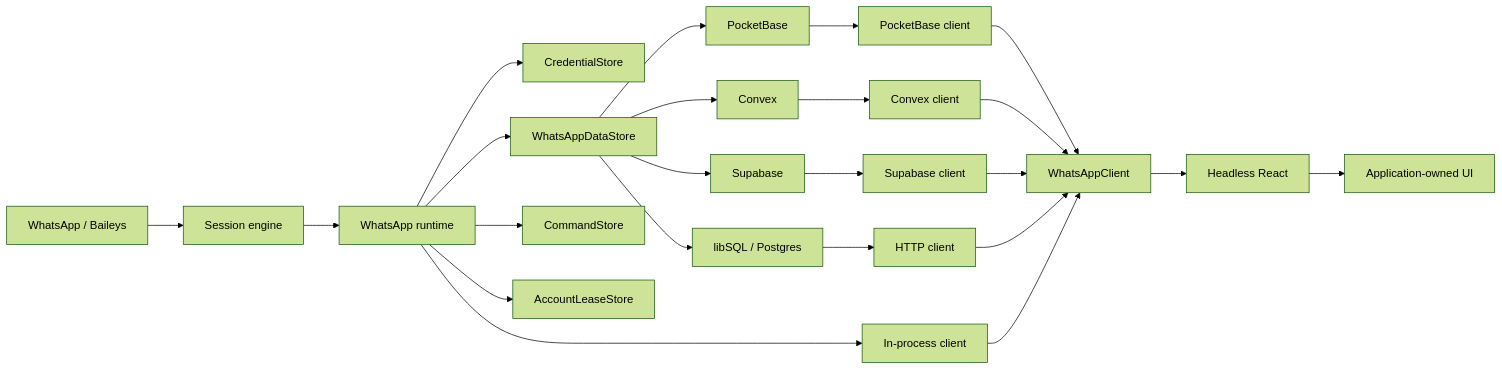
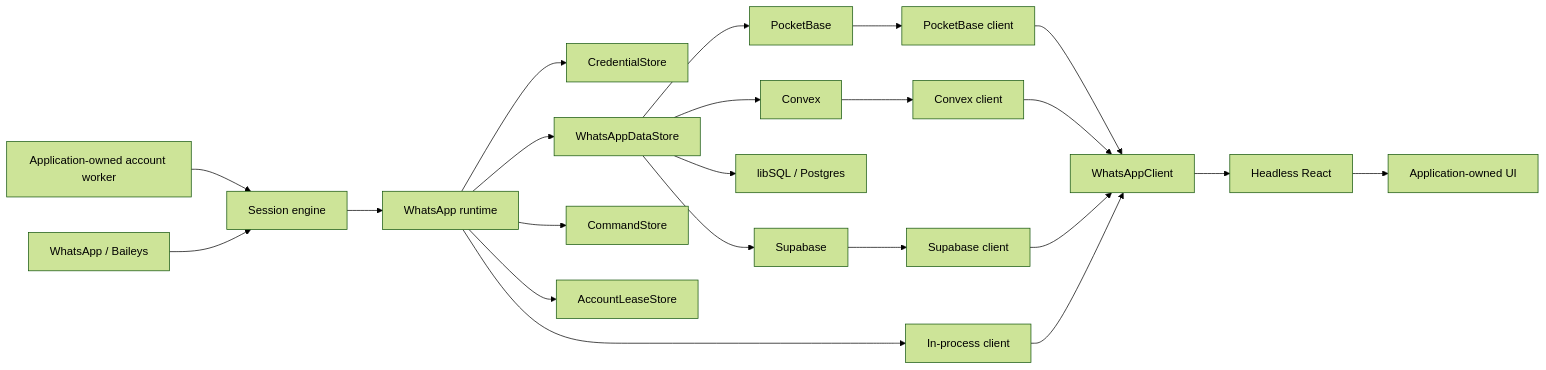
One commit to AaronAbuUsama/whatsappd changed the diagram in docs/architecture/runtime-backends-and-headless-react.md. Above: the diagram before and after it, drawn with Mermaid (forest theme). The commit also changed other lines of this file and 8 other files, not shown here.

````diff
--- a/docs/architecture/runtime-backends-and-headless-react.md
+++ b/docs/architecture/runtime-backends-and-headless-react.md
@@ -68,30 +60,29 @@
 ```mermaid
 flowchart LR
-    WA["WhatsApp / Baileys"] --> SE["Session engine"]
+    AW["Application-owned account worker"] --> SE["Session engine"]
+    WA["WhatsApp / Baileys"] --> SE
     SE --> RT["WhatsApp runtime"]
 
     RT --> CS["CredentialStore"]
     RT --> DS["WhatsAppDataStore"]
     RT --> CQ["CommandStore"]
     RT --> LS["AccountLeaseStore"]
 
     DS --> PB["PocketBase"]
     DS --> CX["Convex"]
     DS --> SQL["libSQL / Postgres"]
     DS --> SB["Supabase"]
 
     PB --> PC["PocketBase client"]
     CX --> CC["Convex client"]
     SB --> SC["Supabase client"]
-    SQL --> HC["HTTP client"]
     RT --> IC["In-process client"]
 
     PC --> WC["WhatsAppClient"]
     CC --> WC
     SC --> WC
-    HC --> WC
     IC --> WC
 
     WC --> RE["Headless React"]
     RE --> UI["Application-owned UI"]
 ```
````
